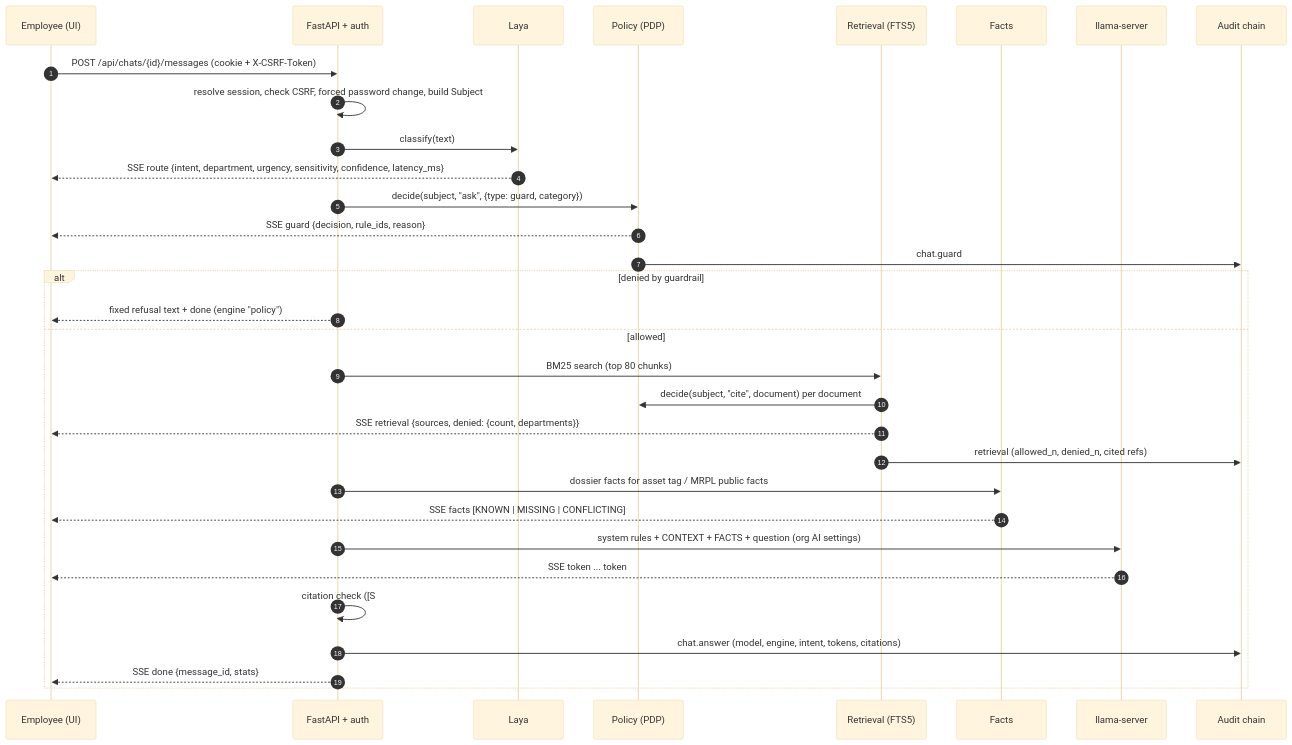
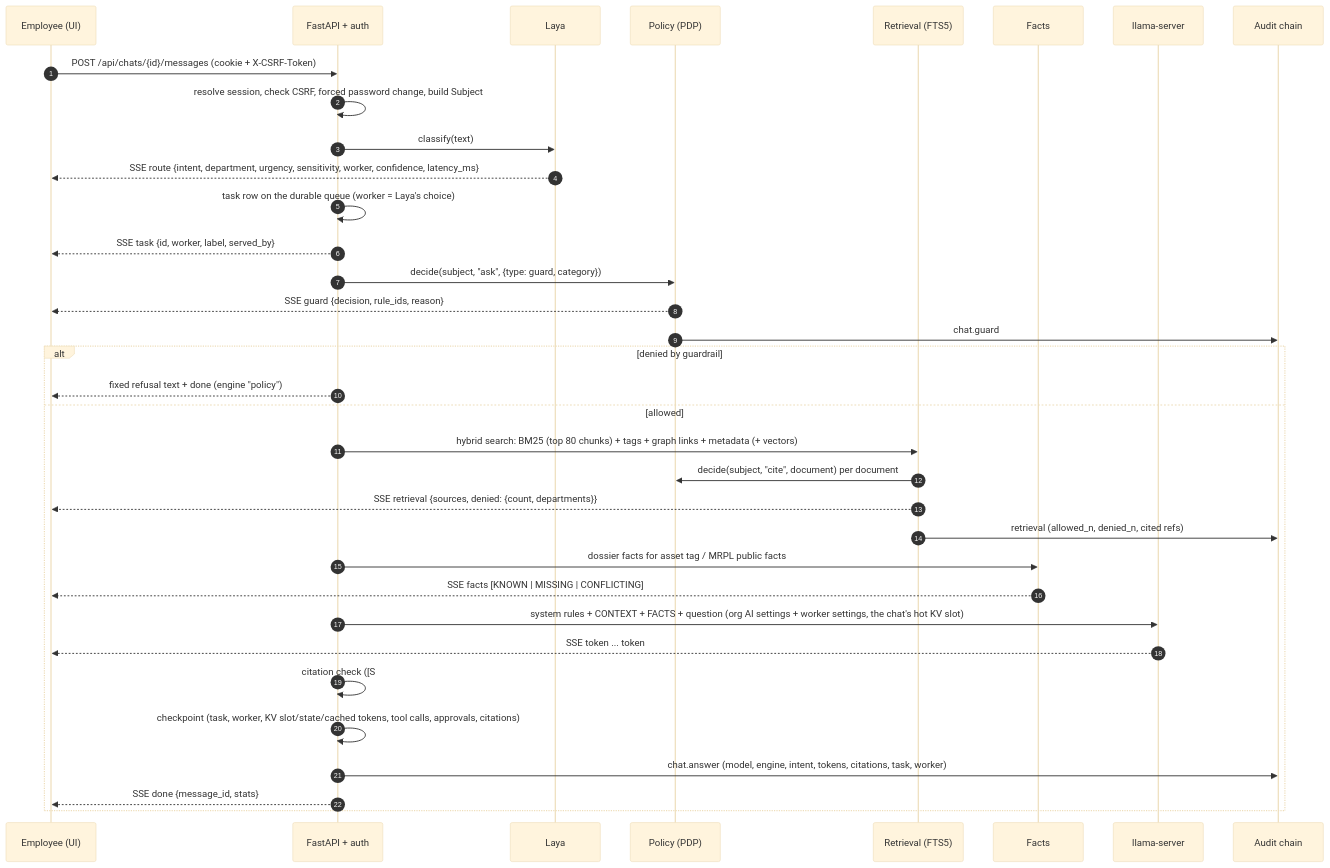
One commit to Juhilhere/Yukti changed the second of 2 diagrams in docs/ARCHITECTURE.md. Above: the diagram before and after it, drawn with Mermaid (base theme). The commit also changed other lines of this file and 115 other files, not shown here.

````diff
--- a/docs/ARCHITECTURE.md
+++ b/docs/ARCHITECTURE.md
@@ -59,35 +71,38 @@
 ```mermaid
 sequenceDiagram
   autonumber
   participant U as Employee (UI)
   participant A as FastAPI + auth
   participant L as Laya
   participant P as Policy (PDP)
   participant R as Retrieval (FTS5)
   participant F as Facts
   participant E as llama-server
   participant Au as Audit chain
 
   U->>A: POST /api/chats/{id}/messages (cookie + X-CSRF-Token)
   A->>A: resolve session, check CSRF, forced password change, build Subject
   A->>L: classify(text)
-  L-->>U: SSE route {intent, department, urgency, sensitivity, confidence, latency_ms}
+  L-->>U: SSE route {intent, department, urgency, sensitivity, worker, confidence, latency_ms}
+  A->>A: task row on the durable queue (worker = Laya's choice)
+  A-->>U: SSE task {id, worker, label, served_by}
   A->>P: decide(subject, "ask", {type: guard, category})
   P-->>U: SSE guard {decision, rule_ids, reason}
   P->>Au: chat.guard
   alt denied by guardrail
     A-->>U: fixed refusal text + done (engine "policy")
   else allowed
-    A->>R: BM25 search (top 80 chunks)
+    A->>R: hybrid search: BM25 (top 80 chunks) + tags + graph links + metadata (+ vectors)
     R->>P: decide(subject, "cite", document) per document
     R-->>U: SSE retrieval {sources, denied: {count, departments}}
     R->>Au: retrieval (allowed_n, denied_n, cited refs)
     A->>F: dossier facts for asset tag / MRPL public facts
     F-->>U: SSE facts [KNOWN | MISSING | CONFLICTING]
-    A->>E: system rules + CONTEXT + FACTS + question (org AI settings)
+    A->>E: system rules + CONTEXT + FACTS + question (org AI settings + worker settings, the chat's hot KV slot)
     E-->>U: SSE token ... token
     A->>A: citation check ([S#]/[F#] must exist)
-    A->>Au: chat.answer (model, engine, intent, tokens, citations)
+    A->>A: checkpoint (task, worker, KV slot/state/cached tokens, tool calls, approvals, citations)
+    A->>Au: chat.answer (model, engine, intent, tokens, citations, task, worker)
     A-->>U: SSE done {message_id, stats}
   end
 ```
````
